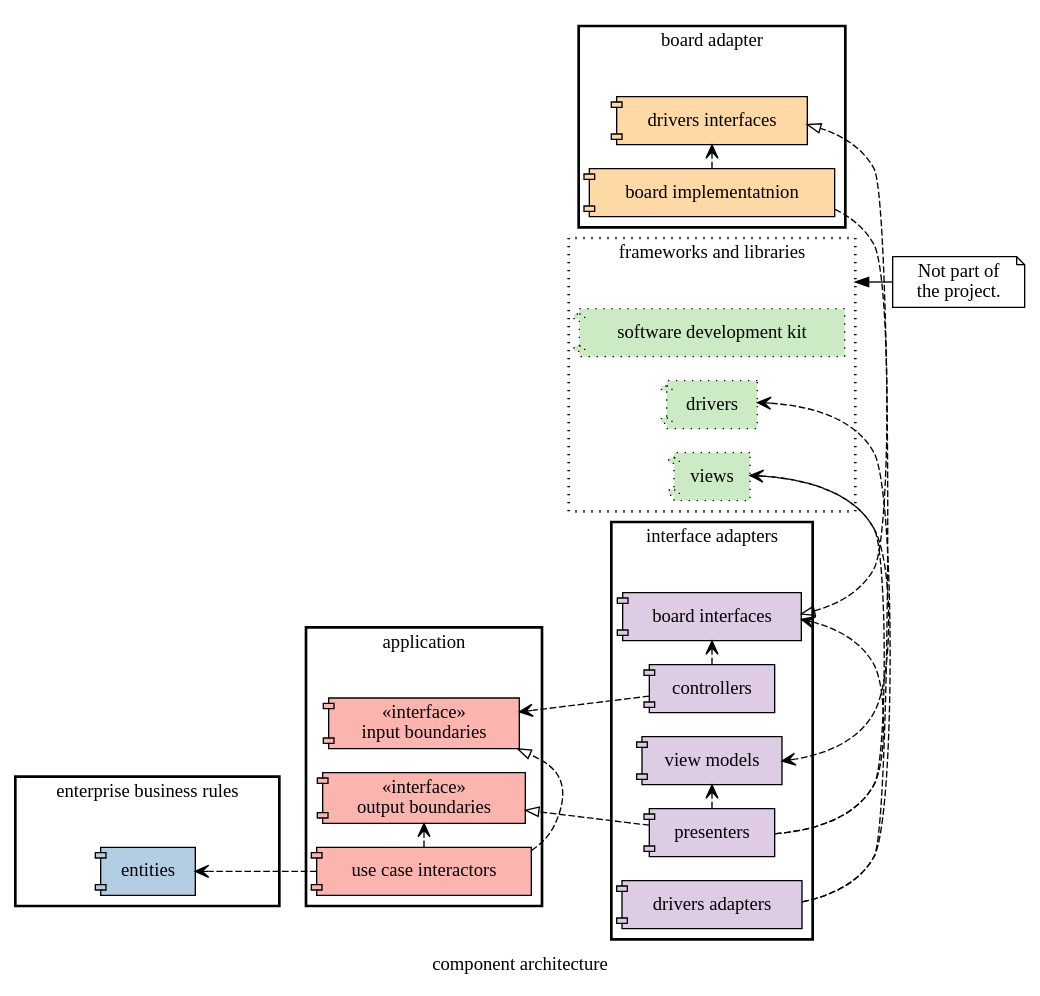
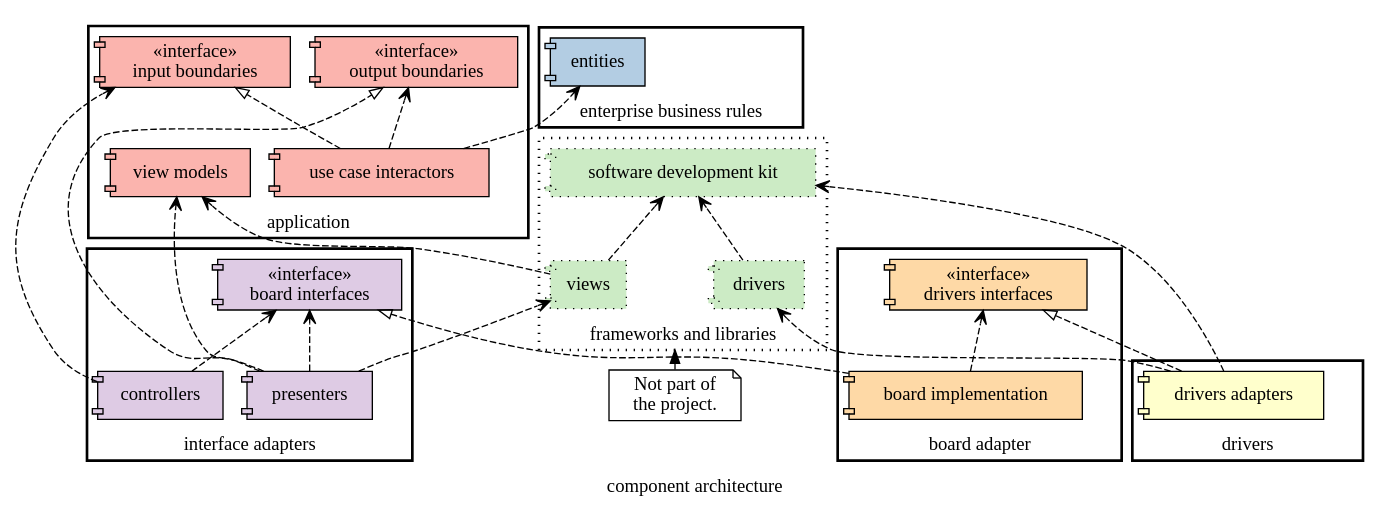
Before and after one commit to Task-Tracker-Systems/Task-Tracker-Device: the diagram in doc/layers.dot, drawn with Graphviz.

Commit message:
Refactor component diagram.

```diff
--- a/doc/layers.dot
+++ b/doc/layers.dot
@@ -1,123 +1,121 @@
 digraph component_architecture {
   label="component architecture";
   compound=true;
-  concentrate=true;
-  rankdir="RL";
-  newrank="true";
+  rankdir="BT";
+  style="bold"
   
   node [shape="component"];
-  node [colorscheme="pastel15"];
+  node [colorscheme="pastel16"];
   
     {
         // package 'application'
         node [fillcolor="1", style="filled"];
         
         subgraph cluster_app {
             label = "application";
-            rank="same";
-            style="bold";
             application [shape=point style=invis];
         
             output_boundaries [label="«interface»\n output boundaries"]
             use_cases [label="use case interactors"]
             input_boundaries [label="«interface»\n input boundaries"]
+            view_models [label="view models"];
         }
     }
     
     {
         // package 'enterprise business rules'
         node [fillcolor="2", style="filled"];
         
         subgraph cluster_ebr {
             label = "enterprise business rules";
-            rank="same";
-            style="bold";
             enterprise_business_rules [shape=point style=invis];
             
             entities;
         }
     }
   
     {
         // package 'frameworks and libraries'
         node [fillcolor="3", style="filled, dotted"];
         
         subgraph cluster_thirdparty {
             label = "frameworks and libraries";
-            rank="same";
             style="bold,dotted";
             thirdparty[shape=point style=invis];
            
-        sdk [label="software development kit"]
-        drivers [label="drivers"];
-        views;
+            sdk [label="software development kit"]
+            drivers [label="drivers"];
+            views;
         }
     }
+    
+    n1 [label="Not part of\nthe project.", shape="note"]
+    n1 -> thirdparty [lhead="cluster_thirdparty"];
   
     {
         // package 'interface adapters'
         node [fillcolor="4", style="filled"];
         
         subgraph cluster_ia {
             label = "interface adapters";
-            rank="same";
-            style="bold";
             interface_adapters [shape=point style=invis];
         
             controllers, presenters;
-            view_models [label="view models"];
-            drivers_adapters [label="drivers adapters"];
-            board_interfaces [label="board interfaces"];
+            board_interfaces [label="«interface»\n board interfaces"];
         };
     }
   
     {
         // package 'board adapter'
         node [fillcolor="5", style="filled"];
         
         subgraph cluster_board {
             label = "board adapter";
-            rank="same";
-            style="bold";
             board [shape=point style=invis];
         
-            driver_interface [label="drivers interfaces"]
-            board_impl [label="board implementatnion"]
+            driver_interface [label="«interface»\n drivers interfaces"]
+            board_impl [label="board implementation"]
         }
     }
+  
+    {
+        // package 'interface adapters'
+        node [fillcolor="6", style="filled"];
+        
+        subgraph cluster_drivers_adapters {
+            label = "drivers";
+            c_drivers_adapters [shape=point style=invis];
+            drivers_adapters [label="drivers adapters"];
+        
+        };
+    }
 
-    n1 [label="Not part of\nthe project.", shape="note"]
-    n1 -> thirdparty [lhead="cluster_thirdparty"];
   
     {
         // associations
         edge [style="dashed"];
         {
             // dependencies
             edge [arrowhead="vee"];
-            use_cases -> entities [constraint="true"];
+            use_cases -> entities;
             use_cases -> output_boundaries;
             presenters -> board_interfaces;
             presenters -> view_models;
             presenters -> views;
             controllers -> input_boundaries;
             controllers -> board_interfaces;
             board_impl -> driver_interface;
             views -> view_models;
             drivers_adapters -> drivers;
+            {views, drivers, drivers_adapters} -> sdk;
         }
         {
             // realizations
             edge [arrowhead="onormal"];
             use_cases -> input_boundaries;
             presenters -> output_boundaries;
             board_impl -> board_interfaces;
             drivers_adapters -> driver_interface;
         }
     }
-    {
-        rank="same";
-        interface_adapters, thirdparty, board;
-    }
-    
 }
```
